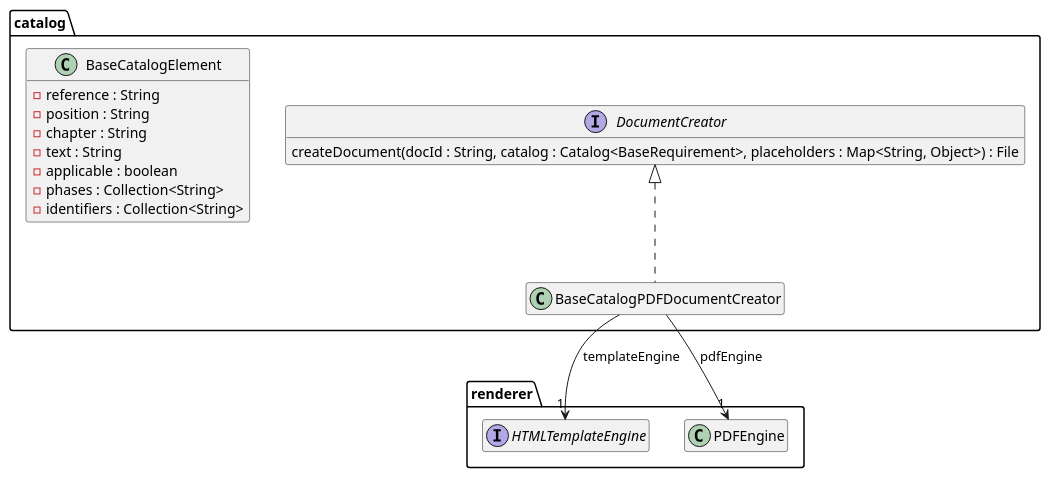
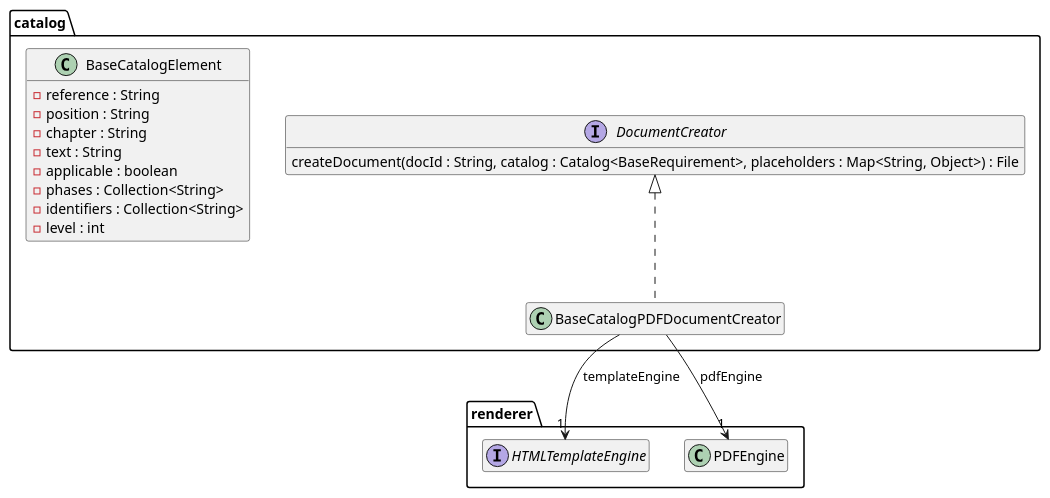
One commit to tailoringexpert/platform changed the diagram in src/site/arc42/plantuml/openhtmltopdf/catalog/Ebene3.plantuml. Above: the diagram before and after it, drawn with PlantUML. The commit also changed 12 other files, not shown here.

```diff
--- a/src/site/arc42/plantuml/openhtmltopdf/catalog/Ebene3.plantuml
+++ b/src/site/arc42/plantuml/openhtmltopdf/catalog/Ebene3.plantuml
@@ -1,32 +1,33 @@
 @startuml Ebene3.png
 hide empty members
 
 package renderer {
     interface HTMLTemplateEngine
     class PDFEngine
 }
 
 package catalog {
 
     interface DocumentCreator {
         createDocument(docId : String, catalog : Catalog<BaseRequirement>, placeholders : Map<String, Object>) : File
     }
 
     class BaseCatalogElement {
         -reference : String
         -position : String
         -chapter : String
         -text : String
         -applicable : boolean
         -phases : Collection<String>
         -identifiers : Collection<String>
+        -level : int
     }
 
     class BaseCatalogPDFDocumentCreator {
     }
     DocumentCreator <|.. BaseCatalogPDFDocumentCreator
     BaseCatalogPDFDocumentCreator --> "1" HTMLTemplateEngine : templateEngine
     BaseCatalogPDFDocumentCreator --> "1" PDFEngine : pdfEngine
 
 }
 @enduml
```
